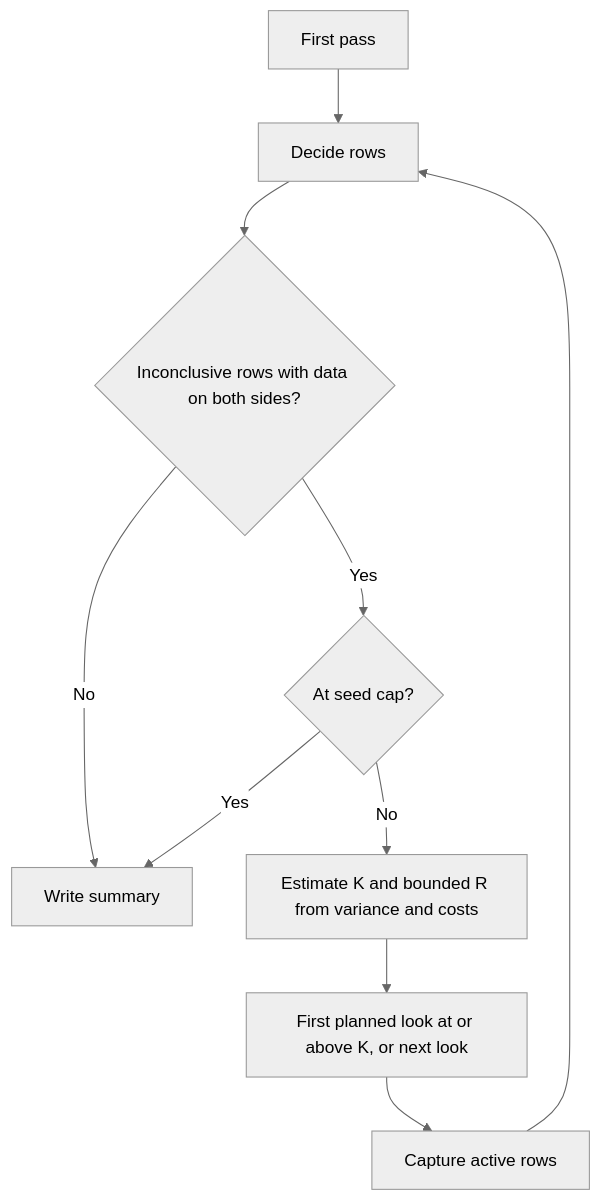
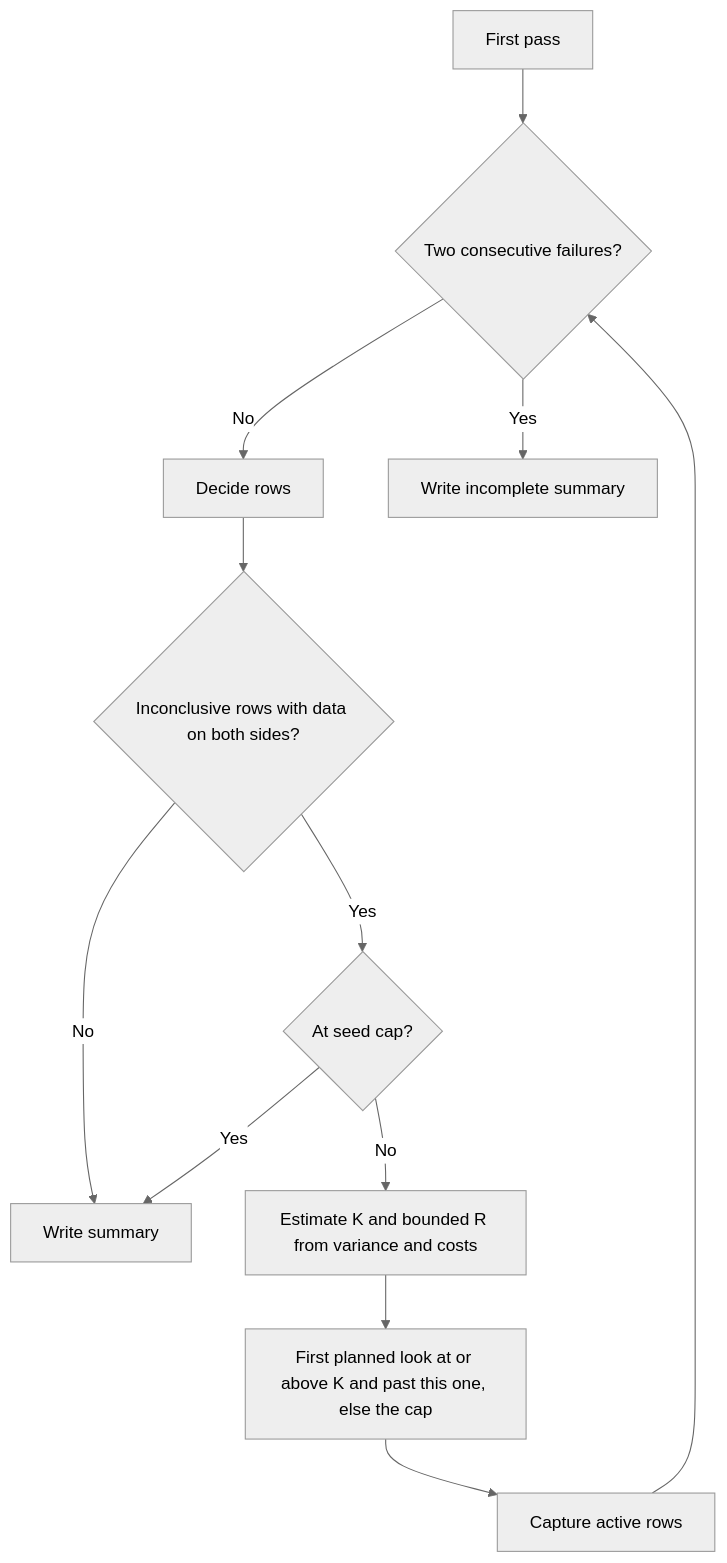
The diagram in launcher/tools/perf/README.md (jose-villegas/autana), drawn with Mermaid (neutral theme) before and after one commit. The commit also changed other lines of this file and 11 other files, not shown here.

````diff
--- a/launcher/tools/perf/README.md
+++ b/launcher/tools/perf/README.md
@@ -42,12 +42,14 @@
 ```mermaid
 flowchart TD
-    First[First pass] --> Decide[Decide rows]
+    First[First pass] --> Fail{Two consecutive failures?}
+    Fail -->|No| Decide[Decide rows]
     Decide --> Active{Inconclusive rows with data on both sides?}
     Active -->|No| Summary[Write summary]
     Active -->|Yes| Cap{At seed cap?}
     Cap -->|Yes| Summary
     Cap -->|No| Estimate[Estimate K and bounded R from variance and costs]
-    Estimate --> Next[First planned look at or above K, or next look]
+    Estimate --> Next[First planned look at or above K and past this one, else the cap]
     Next --> Capture[Capture active rows]
-    Capture --> Decide
+    Capture --> Fail
+    Fail -->|Yes| Incomplete[Write incomplete summary]
 ```
````
